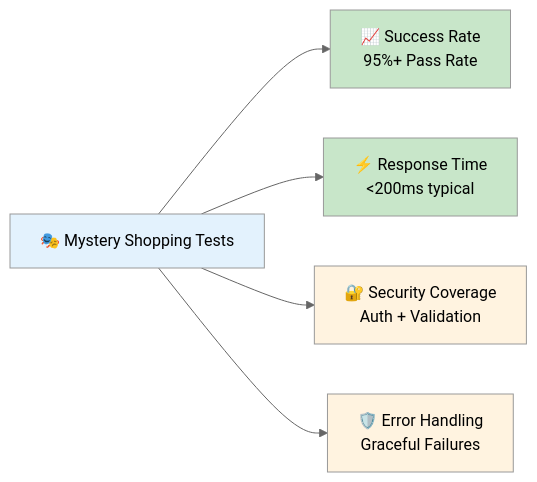
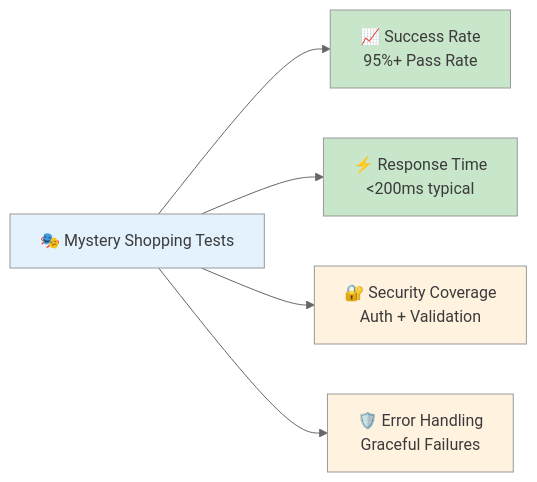
One commit to ridwanspace/restful-fastapi-guideline changed the seventh of 9 diagrams in app/docs/02_foundation/09-testing-basics/page.mdx. Above: the diagram before and after it, drawn with Mermaid (neutral theme). The commit also changed other lines of this file and 8 other files, not shown here.

First line of the commit message:
📝 docs(docs): enhance graph diagrams in foundation docs

````diff
--- a/app/docs/02_foundation/09-testing-basics/page.mdx
+++ b/app/docs/02_foundation/09-testing-basics/page.mdx
@@ -1074,13 +1074,13 @@
 ```mermaid
 graph LR
     A[🎭 Mystery Shopping Tests] --> B[📈 Success Rate<br/>95%+ Pass Rate]
     A --> C[⚡ Response Time<br/><200ms typical]
     A --> D[🔐 Security Coverage<br/>Auth + Validation]
     A --> E[🛡️ Error Handling<br/>Graceful Failures]
     
-    style A fill:#e3f2fd
-    style B fill:#c8e6c9
-    style C fill:#c8e6c9
-    style D fill:#fff3e0
-    style E fill:#fff3e0
+    style A fill:#e3f2fd,color:#3b3b3b
+    style B fill:#c8e6c9,color:#3b3b3b
+    style C fill:#c8e6c9,color:#3b3b3b
+    style D fill:#fff3e0,color:#3b3b3b
+    style E fill:#fff3e0,color:#3b3b3b
 ```
````
